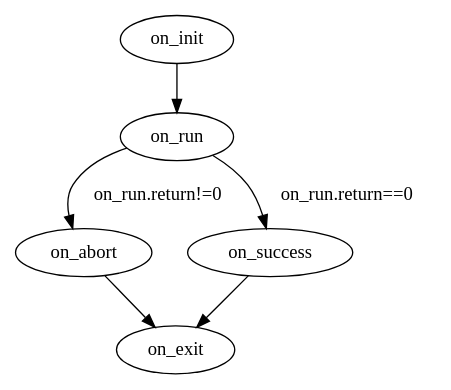
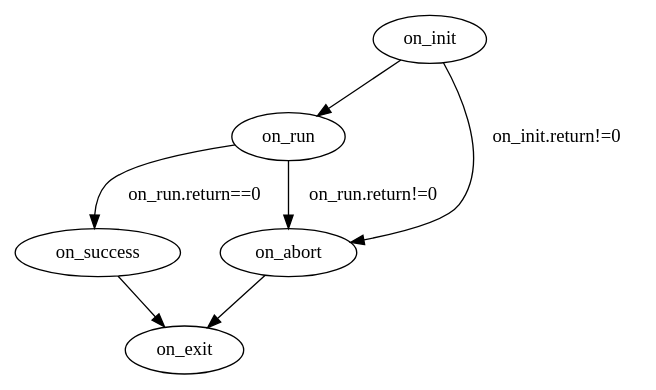
One commit to busche/evere changed the diagram in docs/figure/lifecycle/component_state.dot. Above: the diagram before and after it, drawn with Graphviz. The commit also changed 1 other file, not shown here.

Commit message:
added state transition on_init->on_abort

```diff
--- a/docs/figure/lifecycle/component_state.dot
+++ b/docs/figure/lifecycle/component_state.dot
@@ -1,15 +1,16 @@
 digraph component_state {
 on_init;
 on_run;
 on_abort;
 on_success;
 on_exit;
 
 on_init -> on_run;
+on_init -> on_abort [label="on_init.return!=0"];
 on_run -> on_success [label="on_run.return==0"];
 on_run -> on_abort [label="on_run.return!=0"];
 on_success -> on_exit;
 on_abort -> on_exit;
 
 	
 }
```
